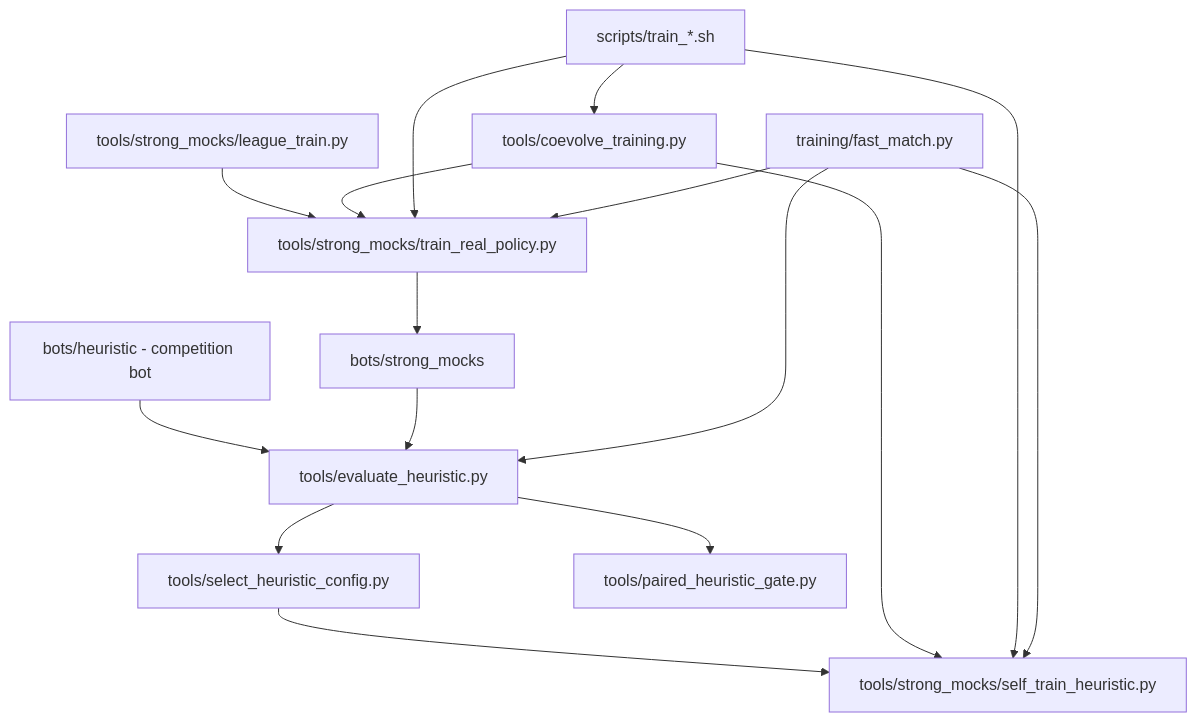
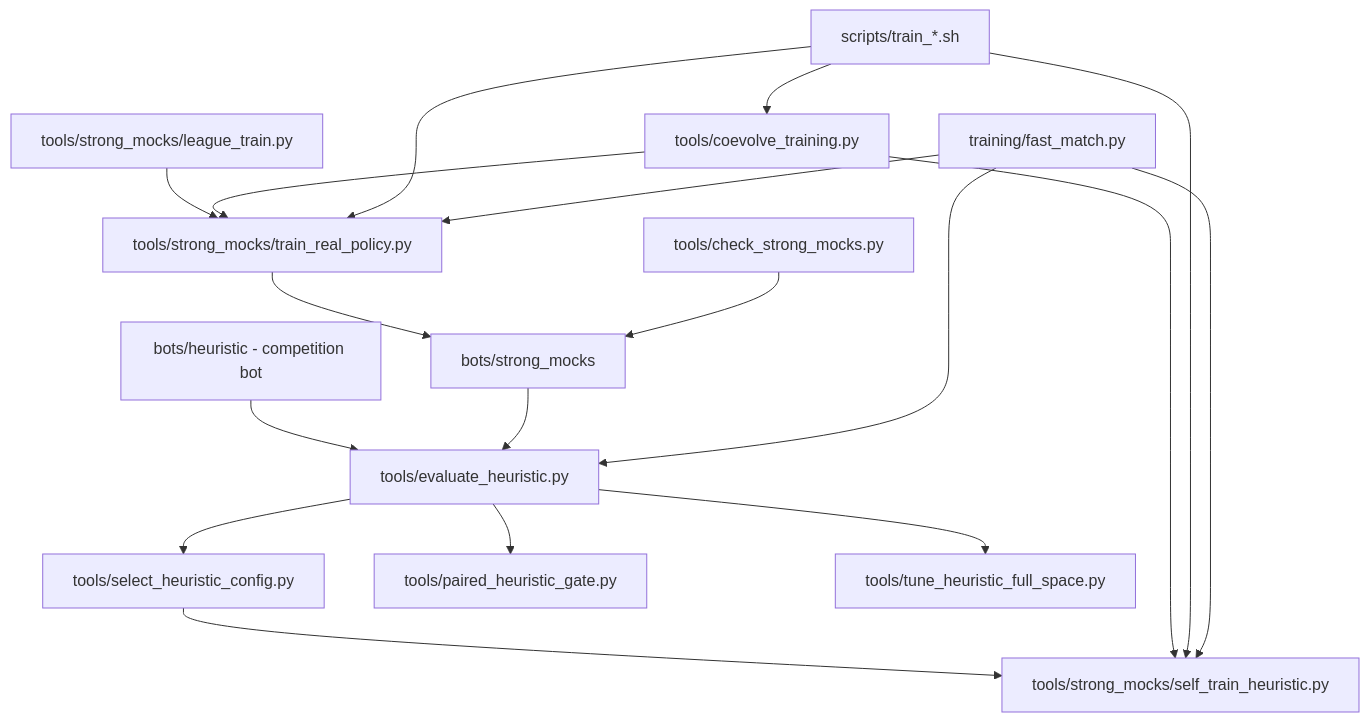
Before and after one commit to kosunghun317/fullhouse-engine: the first of 2 diagrams in docs/training-pipelines.md, drawn with Mermaid. The commit also changed other lines of this file and 46 other files, not shown here.

````diff
--- a/docs/training-pipelines.md
+++ b/docs/training-pipelines.md
@@ -15,21 +20,23 @@
 ```mermaid
 graph TD
     Heuristic["bots/heuristic - competition bot"] --> Eval["tools/evaluate_heuristic.py"]
     Eval --> Select["tools/select_heuristic_config.py"]
     Eval --> PairedGate["tools/paired_heuristic_gate.py"]
+    Eval --> FullTune["tools/tune_heuristic_full_space.py"]
     Select --> HeurSelf["tools/strong_mocks/self_train_heuristic.py"]
 
     StrongMocks["bots/strong_mocks"] --> Eval
     RealTrain["tools/strong_mocks/train_real_policy.py"] --> StrongMocks
+    StrongGate["tools/check_strong_mocks.py"] --> StrongMocks
     League["tools/strong_mocks/league_train.py"] --> RealTrain
     Coevolve["tools/coevolve_training.py"] --> RealTrain
     Coevolve --> HeurSelf
 
     Scripts["scripts/train_*.sh"] --> RealTrain
     Scripts --> HeurSelf
     Scripts --> Coevolve
 
     FastRunner["training/fast_match.py"] --> Eval
     FastRunner --> RealTrain
     FastRunner --> HeurSelf
 ```
````
